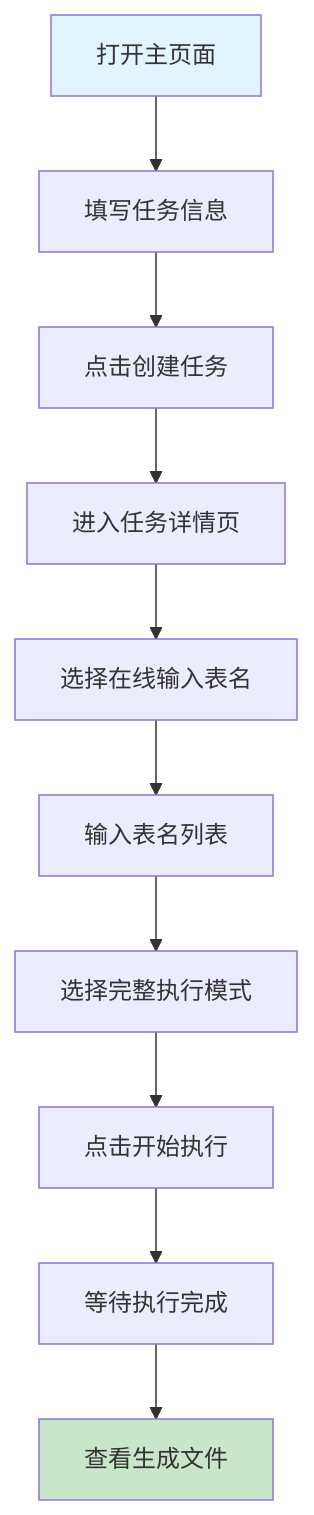
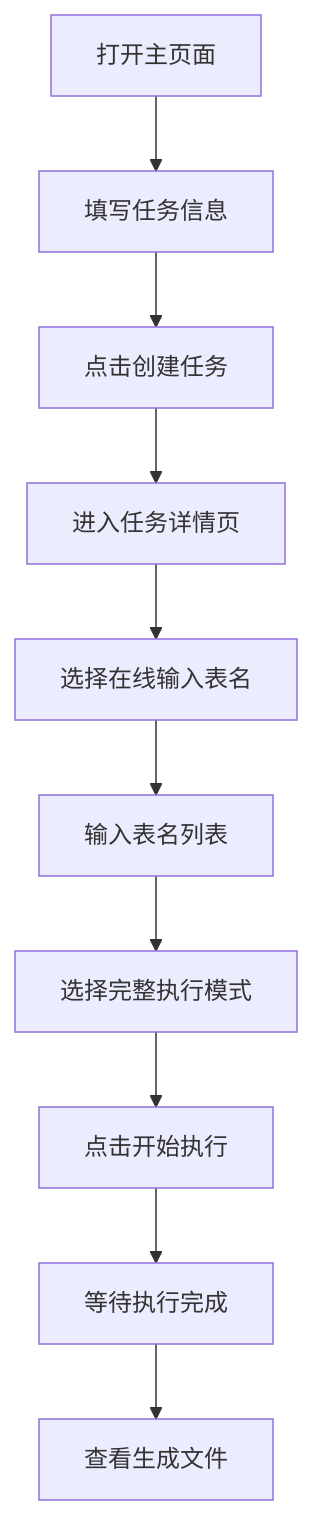
Before and after one commit to paulwxq/VANNA-CHAINLIT-CHROMADB: the fifth of 6 diagrams in docs/training_data_webui_design.md, drawn with Mermaid. The commit also changed other lines of this file and 4 other files, not shown here.

````diff
--- a/docs/training_data_webui_design.md
+++ b/docs/training_data_webui_design.md
@@ -267,15 +267,13 @@
 ```mermaid
 flowchart TD
     A[打开主页面] --> B[填写任务信息]
     B --> C[点击创建任务]
     C --> D[进入任务详情页]
     D --> E[选择在线输入表名]
     E --> F[输入表名列表]
     F --> G[选择完整执行模式]
     G --> H[点击开始执行]
     H --> I[等待执行完成]
     I --> J[查看生成文件]
     
-    style A fill:#e1f5fe
-    style J fill:#c8e6c9
 ```
````
